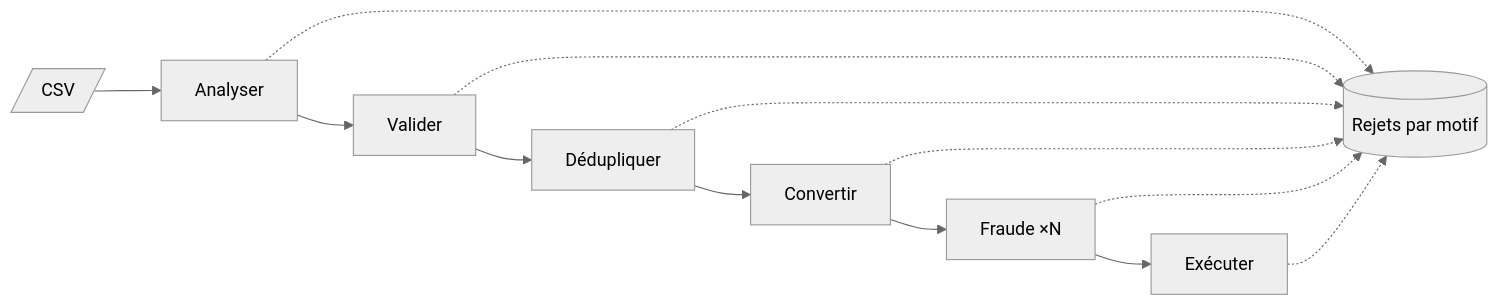
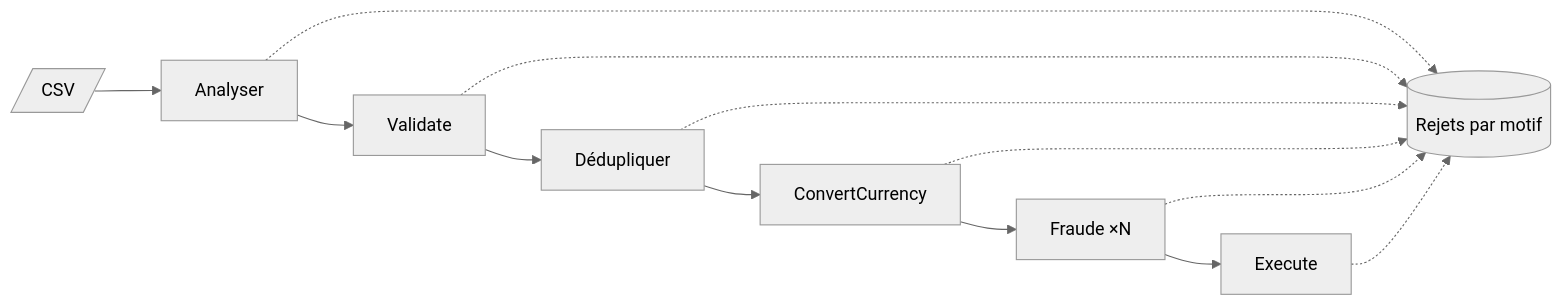
The diagram in Docs/fiches/20-pipeline.md (drangoht/ArchitecturesDemo), drawn with Mermaid (neutral theme) before and after one commit. The commit also changed 70 other files, not shown here.

Commit message:
Docs FR : identifiants, liens, diagrammes et sorties alignés sur le code anglais

````diff
--- a/Docs/fiches/20-pipeline.md
+++ b/Docs/fiches/20-pipeline.md
@@ -11,5 +11,5 @@
 ```mermaid
 flowchart LR
-    F[/"CSV"/] --> A["Analyser"] --> V["Valider"] --> D["Dédupliquer"] --> C["Convertir"] --> FR["Fraude ×N"] --> E["Exécuter"]
+    F[/"CSV"/] --> A["Analyser"] --> V["Validate"] --> D["Dédupliquer"] --> C["ConvertCurrency"] --> FR["Fraude ×N"] --> E["Execute"]
     A & V & D & C & FR & E -.-> R[("Rejets par motif")]
 ```
````
